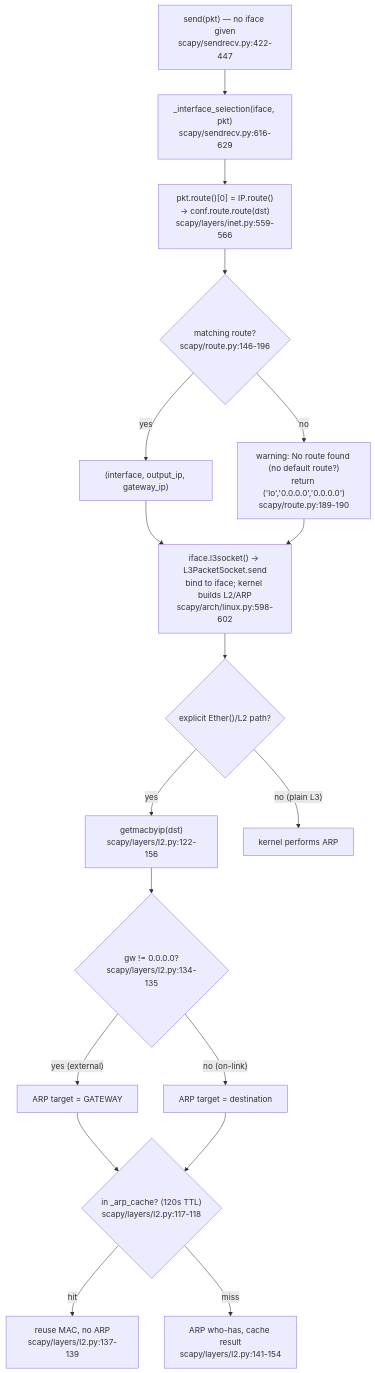
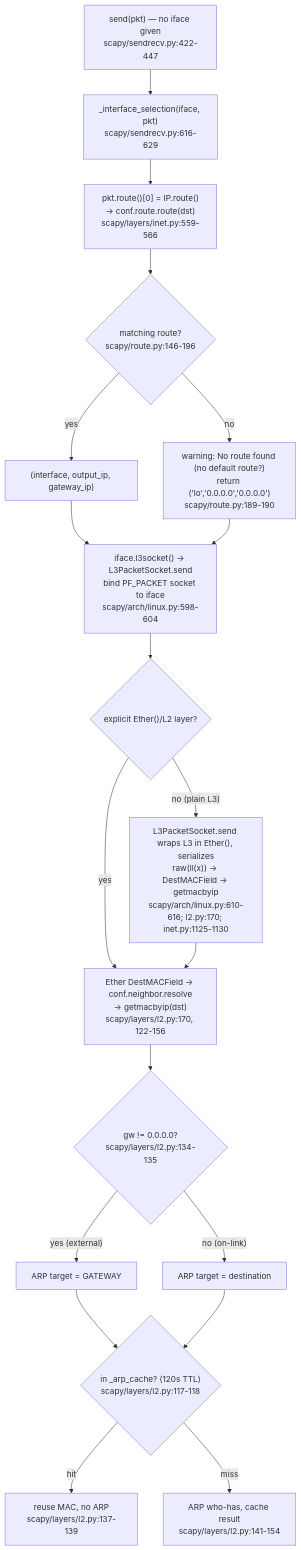
Before and after one commit to blitzy-research/scapy: the diagram in blitzy/documentation/scapy_0925ada48540.md, drawn with Mermaid. The commit also changed other lines of this file, not shown here.

First line of the commit message:
docs: correct Q3 plain-L3 send-path (Scapy resolves MAC, not kernel)

````diff
--- a/blitzy/documentation/scapy_0925ada48540.md
+++ b/blitzy/documentation/scapy_0925ada48540.md
@@ -667,20 +759,21 @@
 ```mermaid
 flowchart TD
     A["send(pkt) — no iface given<br/>scapy/sendrecv.py:422-447"] --> B["_interface_selection(iface, pkt)<br/>scapy/sendrecv.py:616-629"]
     B --> C["pkt.route()[0] = IP.route()<br/>-> conf.route.route(dst)<br/>scapy/layers/inet.py:559-566"]
     C --> D{"matching route?<br/>scapy/route.py:146-196"}
     D -- "yes" --> E["(interface, output_ip, gateway_ip)"]
     D -- "no" --> F["warning: No route found (no default route?)<br/>return ('lo','0.0.0.0','0.0.0.0')<br/>scapy/route.py:189-190"]
-    E --> G["iface.l3socket() -> L3PacketSocket.send<br/>bind to iface; kernel builds L2/ARP<br/>scapy/arch/linux.py:598-602"]
+    E --> G["iface.l3socket() -> L3PacketSocket.send<br/>bind PF_PACKET socket to iface<br/>scapy/arch/linux.py:598-604"]
     F --> G
-    G --> H{"explicit Ether()/L2 path?"}
-    H -- "yes" --> I["getmacbyip(dst)<br/>scapy/layers/l2.py:122-156"]
-    H -- "no (plain L3)" --> Z["kernel performs ARP"]
+    G --> H{"explicit Ether()/L2 layer?"}
+    H -- "yes" --> I["Ether DestMACField -> conf.neighbor.resolve<br/>-> getmacbyip(dst)<br/>scapy/layers/l2.py:170, 122-156"]
+    H -- "no (plain L3)" --> Z["L3PacketSocket.send wraps L3 in Ether(), serializes<br/>raw(ll(x)) -> DestMACField -> getmacbyip<br/>scapy/arch/linux.py:610-616; l2.py:170; inet.py:1125-1130"]
+    Z --> I
     I --> J{"gw != 0.0.0.0?<br/>scapy/layers/l2.py:134-135"}
     J -- "yes (external)" --> K["ARP target = GATEWAY"]
     J -- "no (on-link)" --> L["ARP target = destination"]
     K --> M{"in _arp_cache? (120s TTL)<br/>scapy/layers/l2.py:117-118"}
     L --> M
     M -- "hit" --> N["reuse MAC, no ARP<br/>scapy/layers/l2.py:137-139"]
     M -- "miss" --> O["ARP who-has, cache result<br/>scapy/layers/l2.py:141-154"]
 ```
````
